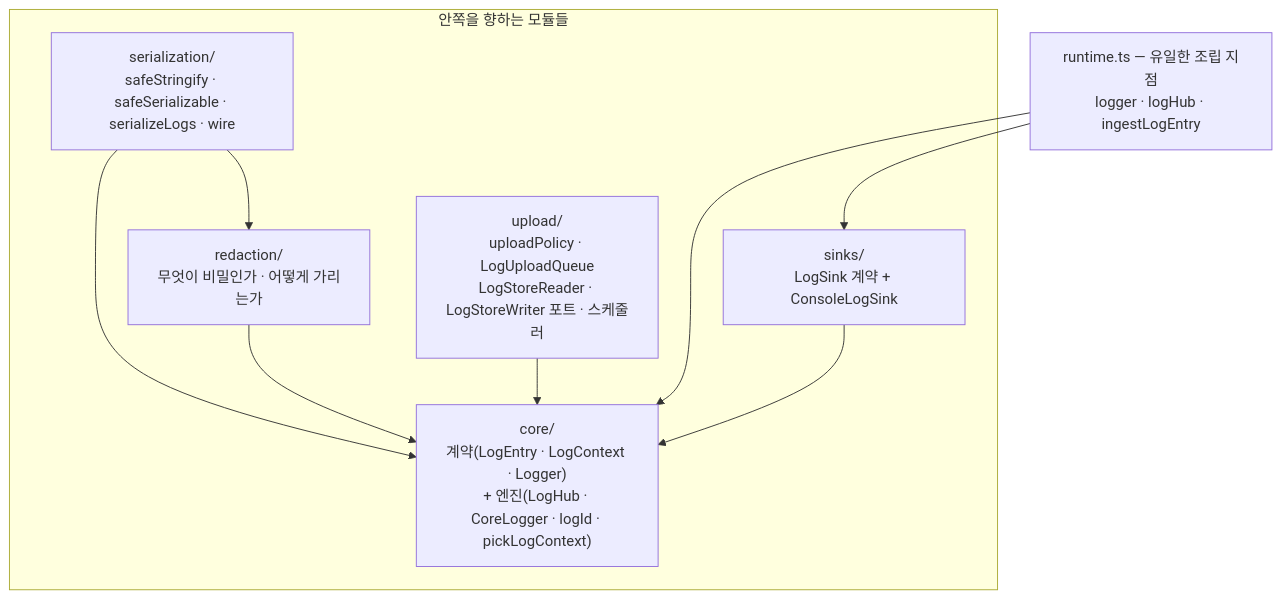
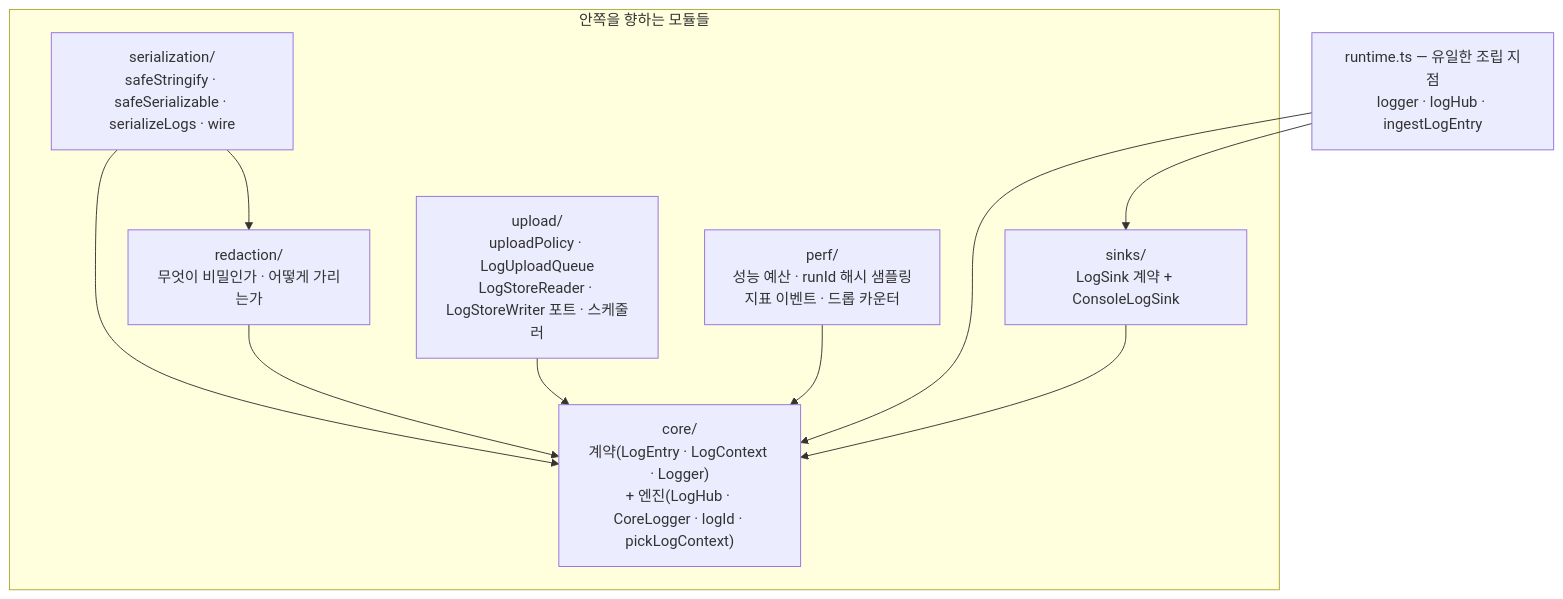
One commit to lemoncloud-io/dou-app changed the first of 6 diagrams in libs/logger/docs/architecture.md. Above: the diagram before and after it, drawn with Mermaid. The commit also changed other lines of this file and 1 other file, not shown here.

````diff
--- a/libs/logger/docs/architecture.md
+++ b/libs/logger/docs/architecture.md
@@ -112,21 +116,23 @@
 ```mermaid
 flowchart TB
     rt["runtime.ts — 유일한 조립 지점<br/>logger · logHub · ingestLogEntry"]
 
     subgraph inward["안쪽을 향하는 모듈들"]
         core["core/<br/>계약(LogEntry · LogContext · Logger)<br/>+ 엔진(LogHub · CoreLogger · logId · pickLogContext)"]
         sinks["sinks/<br/>LogSink 계약 + ConsoleLogSink"]
         red["redaction/<br/>무엇이 비밀인가 · 어떻게 가리는가"]
         ser["serialization/<br/>safeStringify · safeSerializable · serializeLogs · wire"]
         upl["upload/<br/>uploadPolicy · LogUploadQueue<br/>LogStoreReader · LogStoreWriter 포트 · 스케줄러"]
+        perf["perf/<br/>성능 예산 · runId 해시 샘플링<br/>지표 이벤트 · 드롭 카운터"]
     end
 
     sinks --> core
     red --> core
     ser --> core
     ser --> red
     upl --> core
+    perf --> core
 
     rt --> core
     rt --> sinks
 ```
````
